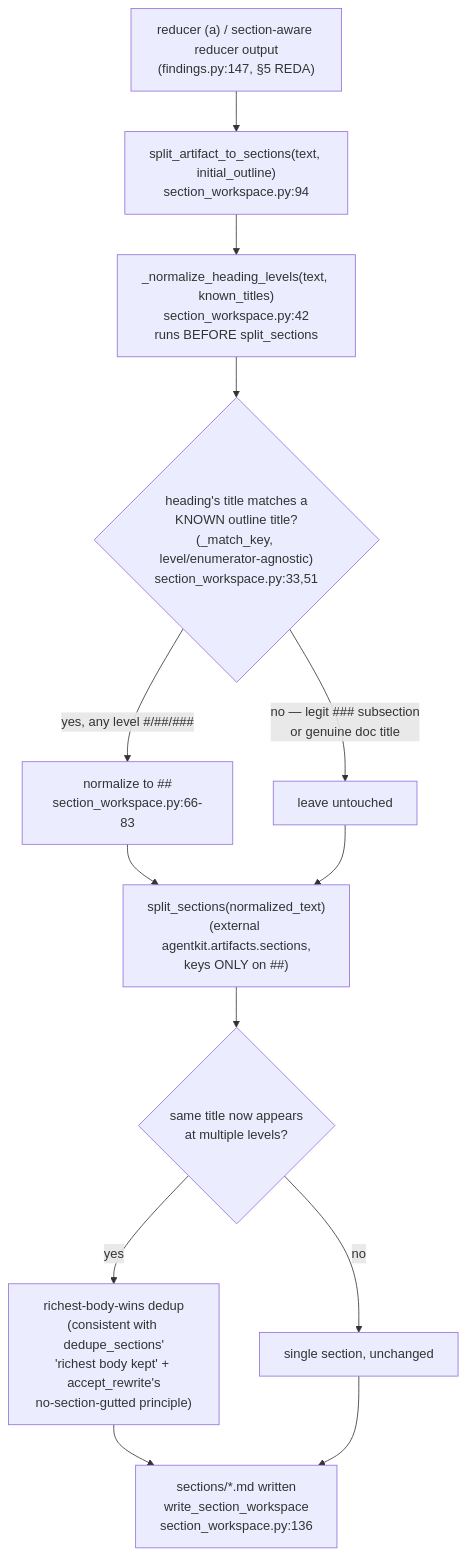
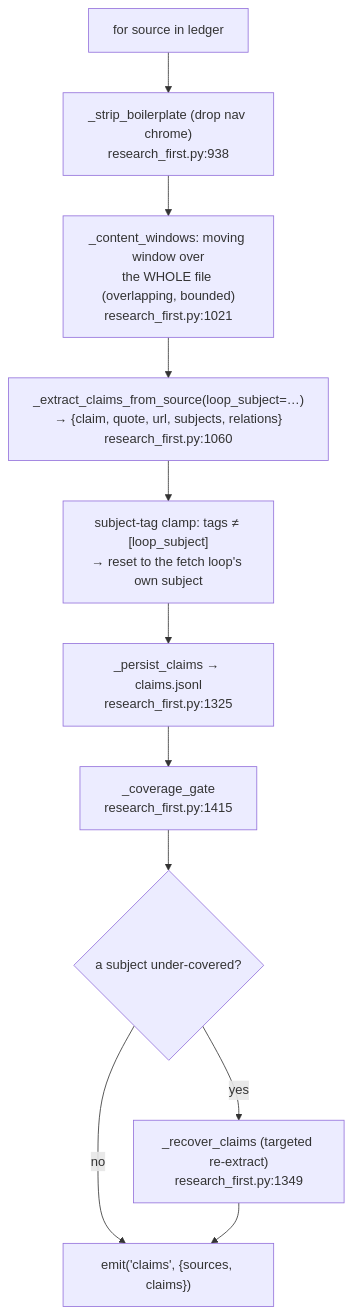
One commit to shaneliuyx/agentkit changed the fourth of 7 diagrams in agentkit-studio/ARCHITECTURE-doc-generation-pipeline.md. Above: the diagram before and after it, drawn with Mermaid. The commit also changed other lines of this file and 1 other file, not shown here.

First line of the commit message:
docs: research_first-only architecture doc + codex-gate-clear plan status

````diff
--- a/agentkit-studio/ARCHITECTURE-doc-generation-pipeline.md
+++ b/agentkit-studio/ARCHITECTURE-doc-generation-pipeline.md
@@ -425,15 +141,13 @@
 ```mermaid
 flowchart TD
-    N0["reducer (a) / section-aware reducer output<br/>(findings.py:147, §5 REDA)"] --> N1["split_artifact_to_sections(text, initial_outline)<br/>section_workspace.py:94"]
-    N1 --> N2["_normalize_heading_levels(text, known_titles)<br/>section_workspace.py:42<br/>runs BEFORE split_sections"]
-    N2 --> N3{"heading's title matches a<br/>KNOWN outline title?<br/>(_match_key, level/enumerator-agnostic)<br/>section_workspace.py:33,51"}
-    N3 -->|yes, any level #/##/###| N4["normalize to ##<br/>section_workspace.py:66-83"]
-    N3 -->|no — legit ### subsection<br/>or genuine doc title| N5["leave untouched"]
-    N4 --> N6["split_sections(normalized_text)<br/>(external agentkit.artifacts.sections,<br/>keys ONLY on ##)"]
-    N5 --> N6
-    N6 --> N7{"same title now appears<br/>at multiple levels?"}
-    N7 -->|yes| N8["richest-body-wins dedup<br/>(consistent with dedupe_sections'<br/>'richest body kept' + accept_rewrite's<br/>no-section-gutted principle)"]
-    N7 -->|no| N9["single section, unchanged"]
-    N8 --> N10["sections/*.md written<br/>write_section_workspace<br/>section_workspace.py:136"]
-    N9 --> N10
+    C0["for source in ledger"] --> C1["_strip_boilerplate (drop nav chrome)<br/>research_first.py:938"]
+    C1 --> C2["_content_windows: moving window over<br/>the WHOLE file (overlapping, bounded)<br/>research_first.py:1021"]
+    C2 --> C3["_extract_claims_from_source(loop_subject=…)<br/>→ {claim, quote, url, subjects, relations}<br/>research_first.py:1060"]
+    C3 --> C4["subject-tag clamp: tags ≠ [loop_subject]<br/>→ reset to the fetch loop's own subject"]
+    C4 --> C5["_persist_claims → claims.jsonl<br/>research_first.py:1325"]
+    C5 --> CG["_coverage_gate<br/>research_first.py:1415"]
+    CG --> CR{"a subject under-covered?"}
+    CR -->|yes| REC["_recover_claims (targeted re-extract)<br/>research_first.py:1349"]
+    CR -->|no| C6
+    REC --> C6["emit('claims', {sources, claims})"]
 ```
````
